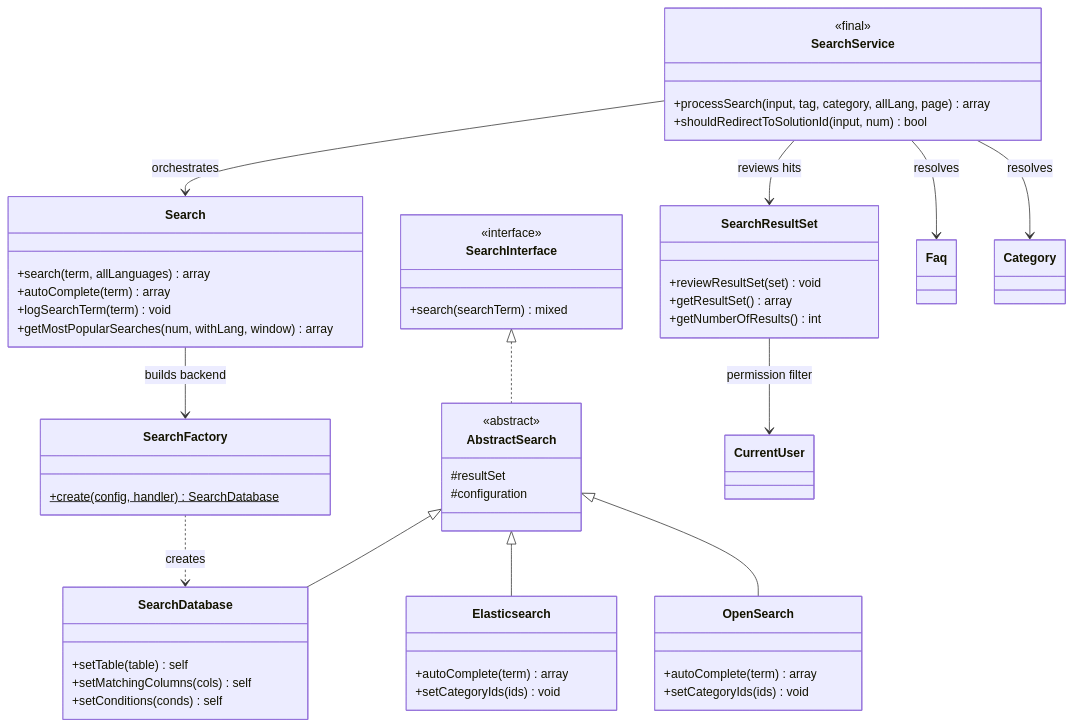
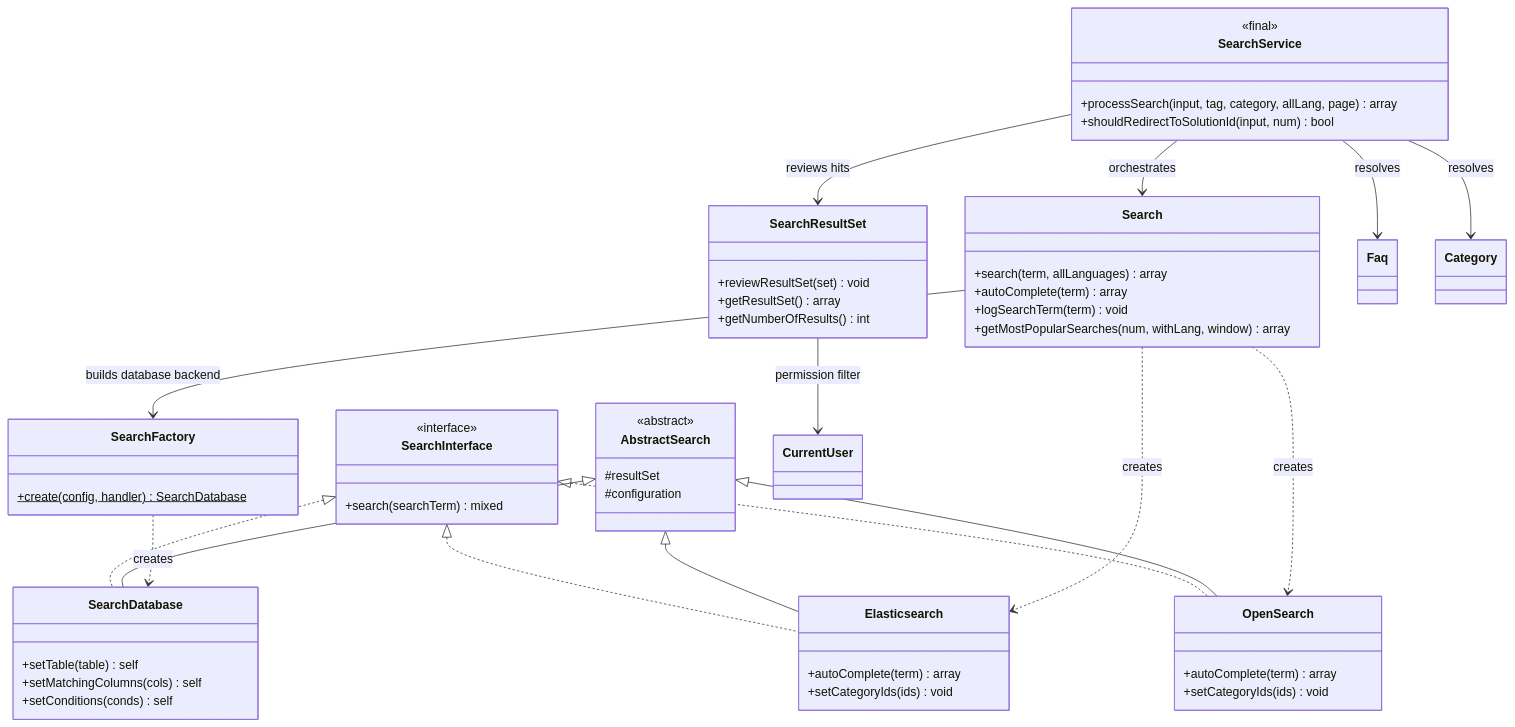
The sixth of 7 diagrams in docs/architecture.md (thorsten/phpMyFAQ), drawn with Mermaid before and after one commit. The commit also changed other lines of this file and 19 other files, not shown here.

````diff
--- a/docs/architecture.md
+++ b/docs/architecture.md
@@ -535,61 +576,65 @@
 ```mermaid
 classDiagram
     direction TB
 
     class SearchService {
         <<final>>
         +processSearch(input, tag, category, allLang, page) array
         +shouldRedirectToSolutionId(input, num) bool
     }
     class Search {
         +search(term, allLanguages) array
         +autoComplete(term) array
         +logSearchTerm(term) void
         +getMostPopularSearches(num, withLang, window) array
     }
 
     class SearchInterface {
         <<interface>>
         +search(searchTerm) mixed
     }
     class AbstractSearch {
         <<abstract>>
         #resultSet
         #configuration
     }
     class SearchDatabase {
         +setTable(table) self
         +setMatchingColumns(cols) self
         +setConditions(conds) self
     }
     class Elasticsearch {
         +autoComplete(term) array
         +setCategoryIds(ids) void
     }
     class OpenSearch {
         +autoComplete(term) array
         +setCategoryIds(ids) void
     }
 
     class SearchFactory {
         +create(config, handler)$ SearchDatabase
     }
     class SearchResultSet {
         +reviewResultSet(set) void
         +getResultSet() array
         +getNumberOfResults() int
     }
 
-    SearchInterface <|.. AbstractSearch
+    SearchInterface <|.. SearchDatabase
+    SearchInterface <|.. Elasticsearch
+    SearchInterface <|.. OpenSearch
     AbstractSearch <|-- SearchDatabase
     AbstractSearch <|-- Elasticsearch
     AbstractSearch <|-- OpenSearch
 
     SearchService --> Search : orchestrates
     SearchService --> SearchResultSet : reviews hits
     SearchService --> Faq : resolves
     SearchService --> Category : resolves
-    Search --> SearchFactory : builds backend
+    Search --> SearchFactory : builds database backend
+    Search ..> Elasticsearch : creates
+    Search ..> OpenSearch : creates
     SearchFactory ..> SearchDatabase : creates
     SearchResultSet --> CurrentUser : permission filter
 ```
````
